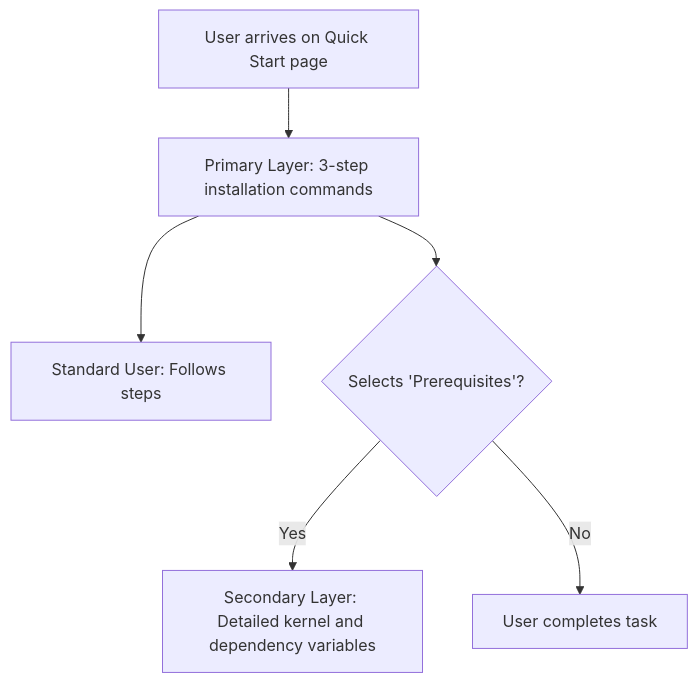
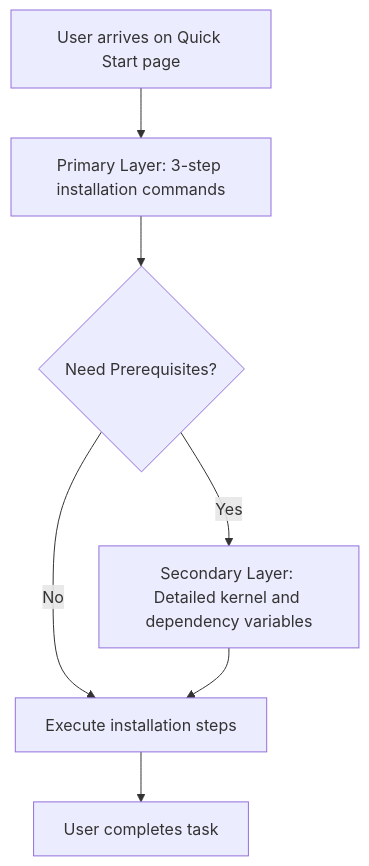
One commit to vaishvanara/techwritingkb changed the diagram in docs/industry-terms/progressive-disclosure.md. Above: the diagram before and after it, drawn with Mermaid. The commit also changed other lines of this file and 51 other files, not shown here.

````diff
--- a/docs/industry-terms/progressive-disclosure.md
+++ b/docs/industry-terms/progressive-disclosure.md
@@ -46,8 +46,9 @@
 ```mermaid
 graph TD
     A[User arrives on Quick Start page] --> B[Primary Layer: 3-step installation commands]
-    B --> C[Standard User: Follows steps]
-    B --> D{Selects 'Prerequisites'?}
-    D -- Yes --> E[Secondary Layer: Detailed kernel and dependency variables]
-    D -- No --> F[User completes task]
+    B --> C{Need Prerequisites?}
+    C -- Yes --> D[Secondary Layer: Detailed kernel and dependency variables]
+    C -- No --> E[Execute installation steps]
+    D --> E
+    E --> F[User completes task]
 ```
````
